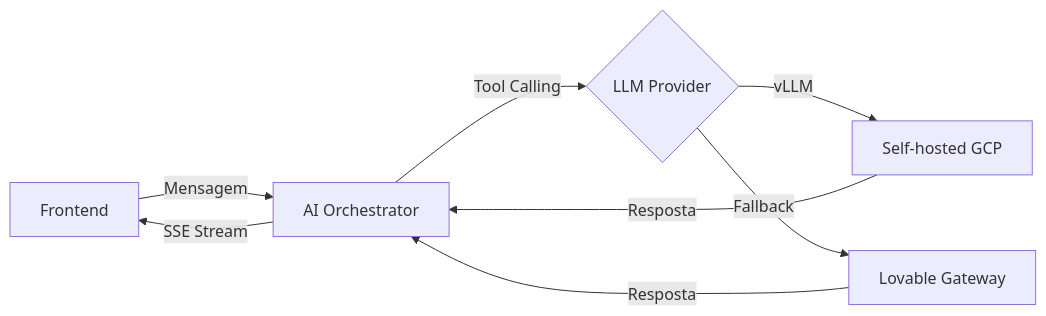
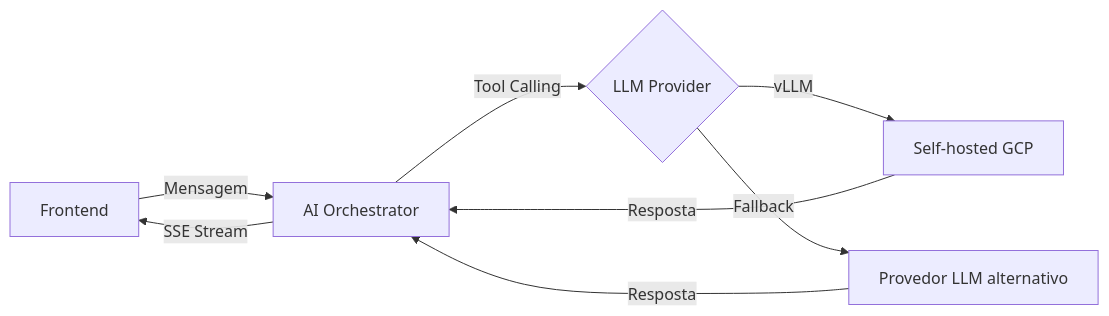
One commit to MTechnologia/camana-na-mao changed the third of 17 diagrams in docs/DIAGRAMA_INTEGRACOES.md. Above: the diagram before and after it, drawn with Mermaid. The commit also changed other lines of this file and 33 other files, not shown here.

````diff
--- a/docs/DIAGRAMA_INTEGRACOES.md
+++ b/docs/DIAGRAMA_INTEGRACOES.md
@@ -125,10 +125,10 @@
 ```mermaid
 flowchart LR
     A[Frontend] -->|Mensagem| B[AI Orchestrator]
     B -->|Tool Calling| C{LLM Provider}
     C -->|vLLM| D[Self-hosted GCP]
-    C -->|Fallback| E[Lovable Gateway]
+    C -->|Fallback| E[Provedor LLM alternativo]
     D -->|Resposta| B
     E -->|Resposta| B
     B -->|SSE Stream| A
 ```
````
